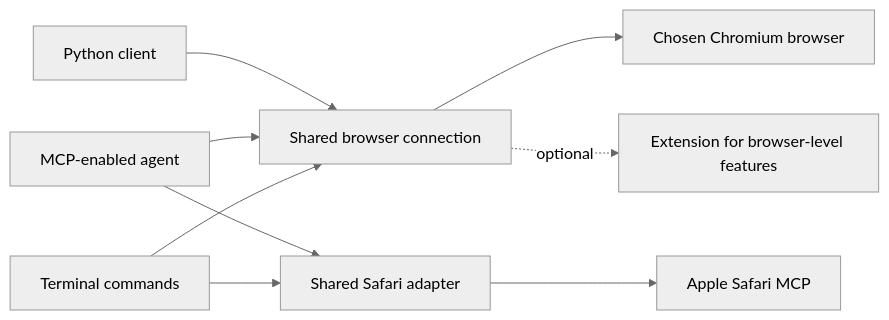
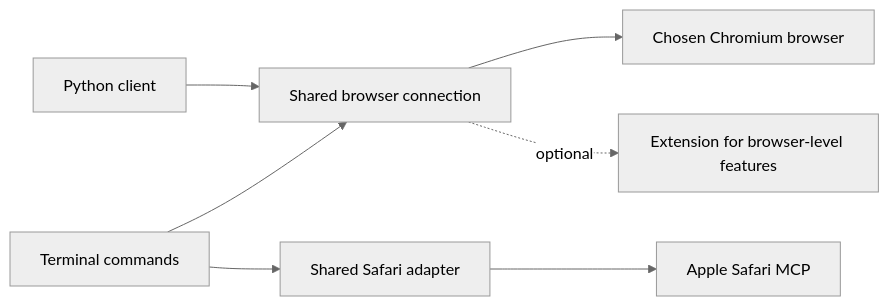
The diagram in README.md (seahyc/browserctrl), drawn with Mermaid (neutral theme) before and after one commit. The commit also changed other lines of this file and 37 other files, not shown here.

Commit message:
CLI only: the browserctrl-mcp server, its tests and MCP setup docs are gone; agents use the browserctrl command (the skill or PATH). Safari still reaches Apple's safaridriver through the MCP SDK client

````diff
--- a/README.md
+++ b/README.md
@@ -360,11 +329,9 @@
 ```mermaid
 flowchart LR
     CLI[Terminal commands] --> Shared[Shared browser connection]
-    MCP[MCP-enabled agent] --> Shared
     Py[Python client] --> Shared
     Shared --> Chromium[Chosen Chromium browser]
     CLI --> SafariPool[Shared Safari adapter]
-    MCP --> SafariPool
     SafariPool --> Apple[Apple Safari MCP]
     Shared -. optional .-> Ext[Extension for browser-level features]
 ```
````
